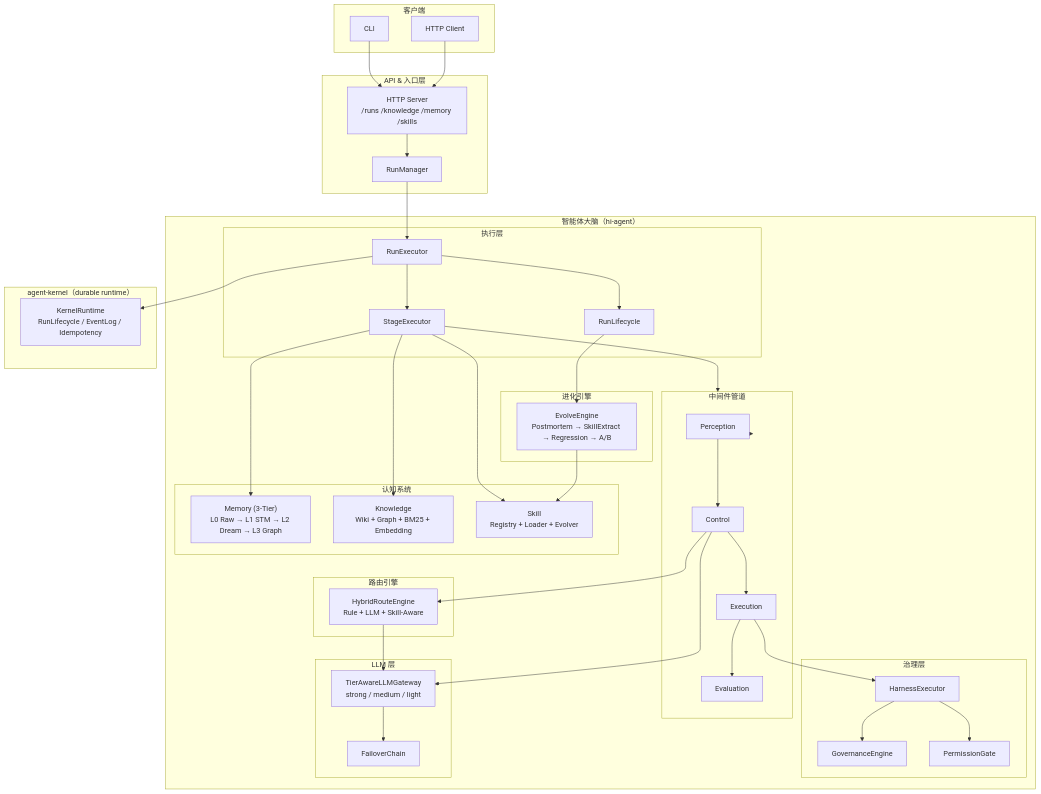
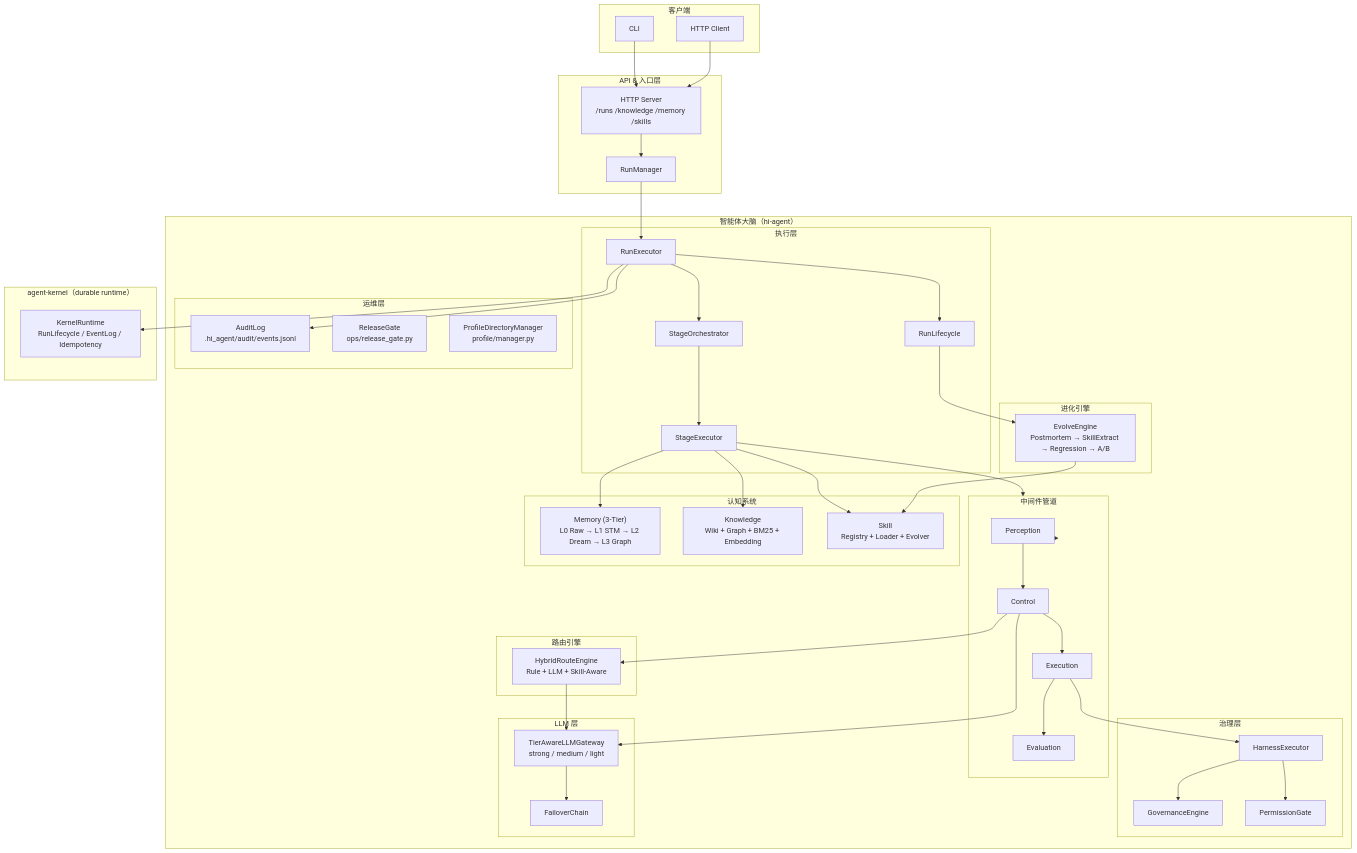
The diagram in README.md (chaosxingxc-orion/hi-agent), drawn with Mermaid before and after one commit. The commit also changed other lines of this file and 1 other file, not shown here.

First line of the commit message:
docs: refresh README and ARCHITECTURE for W1–W12 sprint series

````diff
--- a/README.md
+++ b/README.md
@@ -38,6 +38,7 @@
   subgraph Brain["智能体大脑（hi-agent）"]
     subgraph Exec["执行层"]
       REXEC["RunExecutor"]
+      STORCH["StageOrchestrator"]
       STAGE["StageExecutor"]
       LIFE["RunLifecycle"]
     end
@@ -73,6 +74,12 @@
     subgraph EVO["进化引擎"]
       EVOLVE["EvolveEngine<br/>Postmortem → SkillExtract → Regression → A/B"]
     end
+
+    subgraph OPS["运维层"]
+      AUDIT["AuditLog<br/>.hi_agent/audit/events.jsonl"]
+      GATE["ReleaseGate<br/>ops/release_gate.py"]
+      PROF["ProfileDirectoryManager<br/>profile/manager.py"]
+    end
   end
 
   subgraph Kernel["agent-kernel（durable runtime）"]
@@ -84,7 +91,8 @@
   SRV --> RLM
   RLM --> REXEC
 
-  REXEC --> STAGE
+  REXEC --> STORCH
+  STORCH --> STAGE
   REXEC --> LIFE
   STAGE --> MW
   MW --> PERC
@@ -109,4 +117,5 @@
   EVOLVE --> SKILL
 
   REXEC --> KR
+  REXEC --> AUDIT
 ```
````
